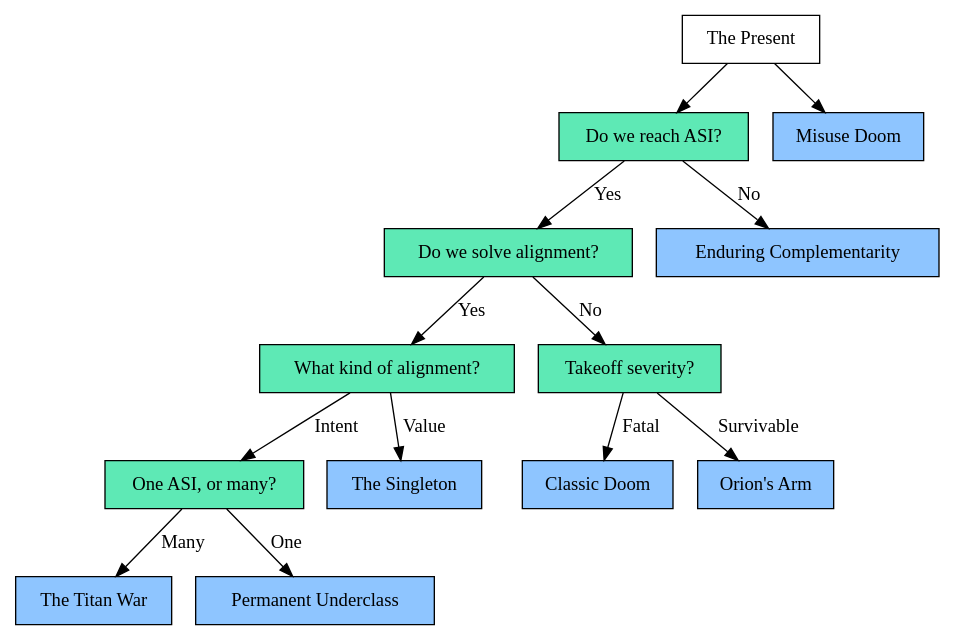
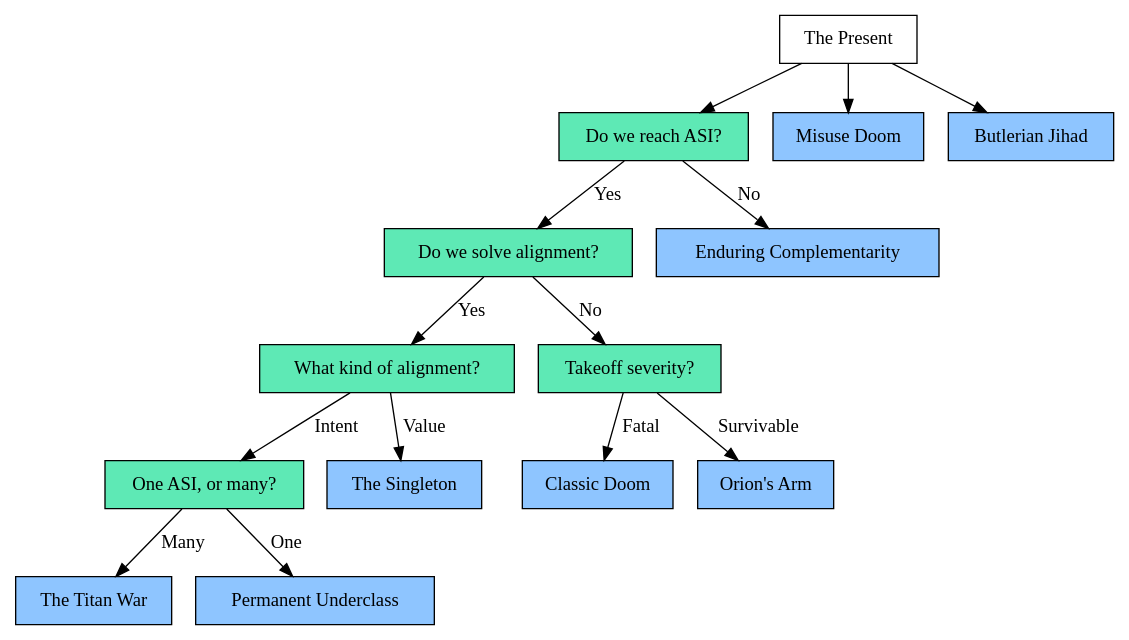
The diagram in _includes/possible-futures/toc.dot (eudoxia0/eudoxia0.github.io), drawn with Graphviz before and after one commit. The commit also changed 2 other files, not shown here.

```diff
--- a/_includes/possible-futures/toc.dot
+++ b/_includes/possible-futures/toc.dot
@@ -1,50 +1,50 @@
 digraph futures {
     rankdir=TB;
 
     // Start.
     pre[label="The Present", shape=box];
 
     // Questions.
     node[shape=box, style=filled, fillcolor="#5ee9b5"];
-
-    asi      [label="Do we reach ASI?"];
-    align    [label="Do we solve alignment?"];
-    whatkind [label="What kind of alignment?"];
-    noalign  [label="Takeoff severity?"];
-    howmany  [label="One ASI, or many?"];
+    asi[label="Do we reach ASI?"];
+    align[label="Do we solve alignment?"];
+    whatkind[label="What kind of alignment?"];
+    noalign[label="Takeoff severity?"];
+    howmany[label="One ASI, or many?"];
 
     // States of the world.
     node [shape=box, style=filled, fillcolor="#8ec5ff"];
-
-    ec     [label="Enduring Complementarity", URL="#enduring-complementarity"];
-    misuse [label="Misuse Doom", URL="#misuse-doom"];
-    doom   [label="Classic Doom", URL="#classic-doom"];
-    orion  [label="Orion's Arm", URL="#orions-arm"];
-    sing   [label="The Singleton", URL="#singleton"];
-    titan  [label="The Titan War", URL="#titan"];
-    pu     [label="Permanent Underclass", URL="#pu"];
+    ec[label="Enduring Complementarity", URL="#enduring-complementarity"];
+    misuse[label="Misuse Doom", URL="#misuse-doom"];
+    doom[label="Classic Doom", URL="#classic-doom"];
+    orion[label="Orion's Arm", URL="#orions-arm"];
+    sing[label="The Singleton", URL="#singleton"];
+    titan[label="The Titan War", URL="#titan"];
+    pu[label="Permanent Underclass", URL="#pu"];
+    butler[label="Butlerian Jihad", URL="#butler"];
 
     // Edges.
     pre -> misuse;
     pre -> asi;
+    pre -> butler;
 
     // Do we reach ASI?
-    asi -> ec    [label="No"];
+    asi -> ec [label="No"];
     asi -> align [label="Yes"];
 
     // Do we solve alignment?
-    align -> noalign  [label="No"];
+    align -> noalign [label="No"];
     align -> whatkind [label="Yes"];
 
     // Is the AI hostile, or indifferent?
-    noalign -> doom  [label="Fatal"];
+    noalign -> doom [label="Fatal"];
     noalign -> orion [label="Survivable"];
 
     // What kind of alignment?
     whatkind -> howmany [label="Intent"];
-    whatkind -> sing    [label="Value"];
+    whatkind -> sing [label="Value"];
 
     // One ASI, or many?
-    howmany -> pu    [label="One"];
+    howmany -> pu [label="One"];
     howmany -> titan [label="Many"];
 }
```
